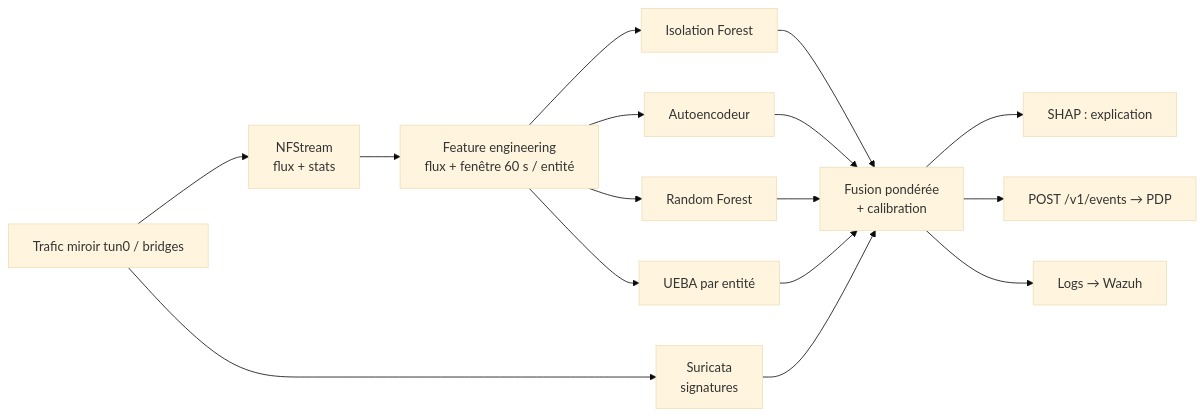
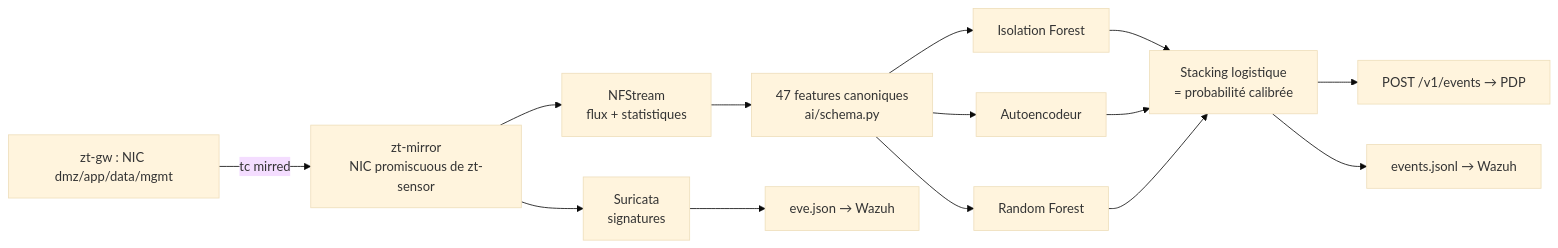
One commit to Ahmed1-Rebai/ZT-PKI-AI changed the diagram in docs/07-detection-ia.md. Above: the diagram before and after it, drawn with Mermaid (base theme). The commit also changed other lines of this file and 105 other files, not shown here.

````diff
--- a/docs/07-detection-ia.md
+++ b/docs/07-detection-ia.md
@@ -12,15 +13,14 @@
 ```mermaid
 flowchart LR
-  T[Trafic miroir tun0 / bridges] --> N[NFStream<br/>flux + stats]
-  T --> S[Suricata<br/>signatures]
-  N --> F[Feature engineering<br/>flux + fenêtre 60 s / entité]
+  G[zt-gw : NIC dmz/app/data/mgmt] -- tc mirred --> M[zt-mirror<br/>NIC promiscuous de zt-sensor]
+  M --> N[NFStream<br/>flux + statistiques]
+  M --> S[Suricata<br/>signatures]
+  N --> F[47 features canoniques<br/>ai/schema.py]
   F --> M1[Isolation Forest]
   F --> M2[Autoencodeur]
   F --> M3[Random Forest]
-  F --> U[UEBA par entité]
-  M1 & M2 & M3 & U --> E[Fusion pondérée<br/>+ calibration]
-  S --> E
-  E --> X[SHAP : explication]
+  M1 & M2 & M3 --> E[Stacking logistique<br/>= probabilité calibrée]
   E --> P[POST /v1/events → PDP]
-  E --> L[Logs → Wazuh]
+  E --> L["events.jsonl → Wazuh"]
+  S --> W[eve.json → Wazuh]
 ```
````
